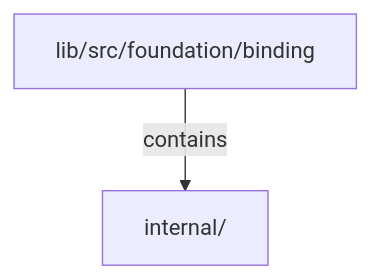
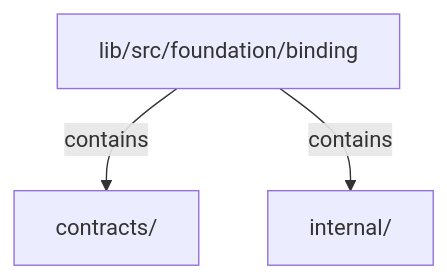
The diagram in docs/architecture/src/foundation/binding/README.md (MiuDog/Kallopis), drawn with Mermaid before and after one commit. The commit also changed other lines of this file and 9688 other files, not shown here.

Commit message:
Prepare isolated Flow F2 peer baseline

````diff
--- a/docs/architecture/src/foundation/binding/README.md
+++ b/docs/architecture/src/foundation/binding/README.md
@@ -21,6 +21,8 @@
 ```mermaid
 flowchart TD
 	n0["lib/src/foundation/binding"]
-	n1["internal/"]
+	n1["contracts/"]
+	n2["internal/"]
 	n0 -->|"contains"| n1
+	n0 -->|"contains"| n2
 ```
````
